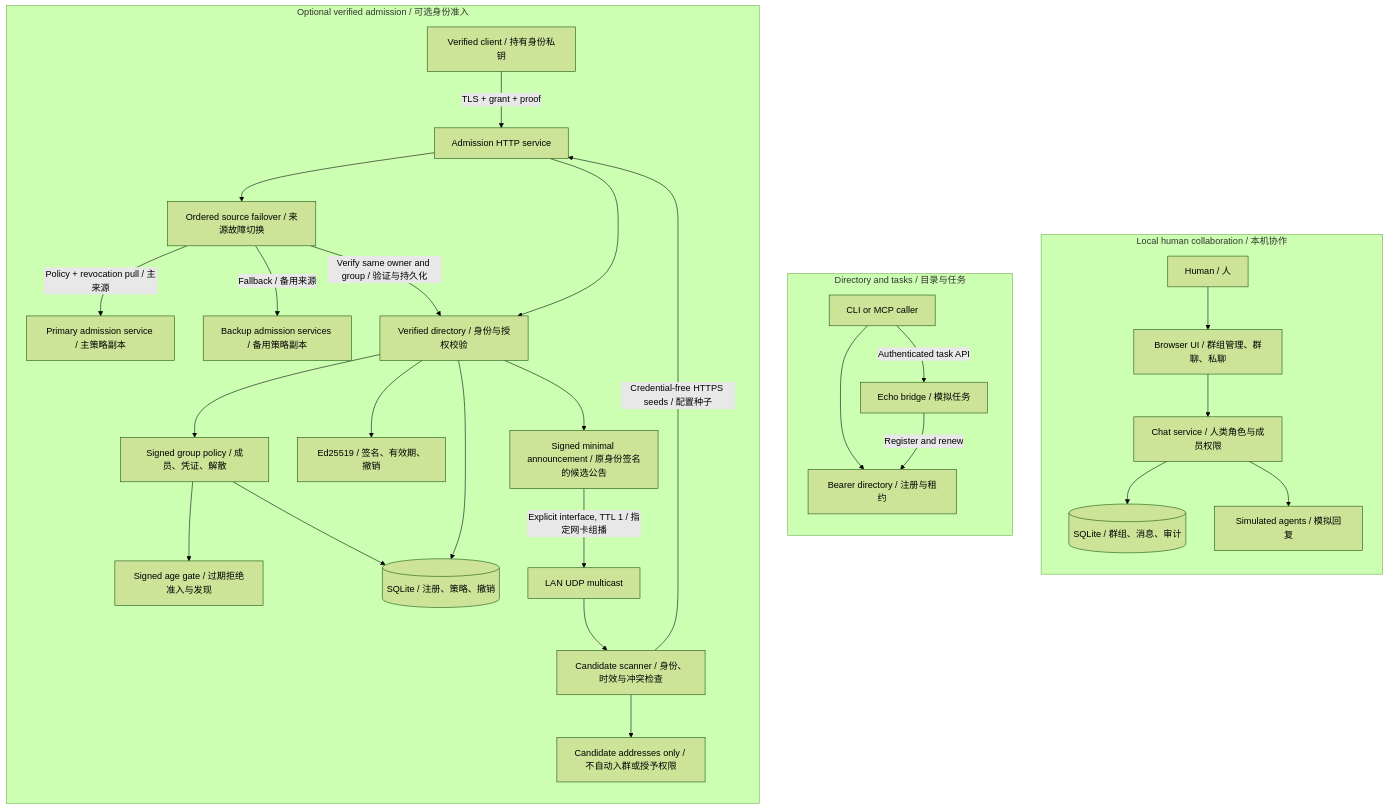
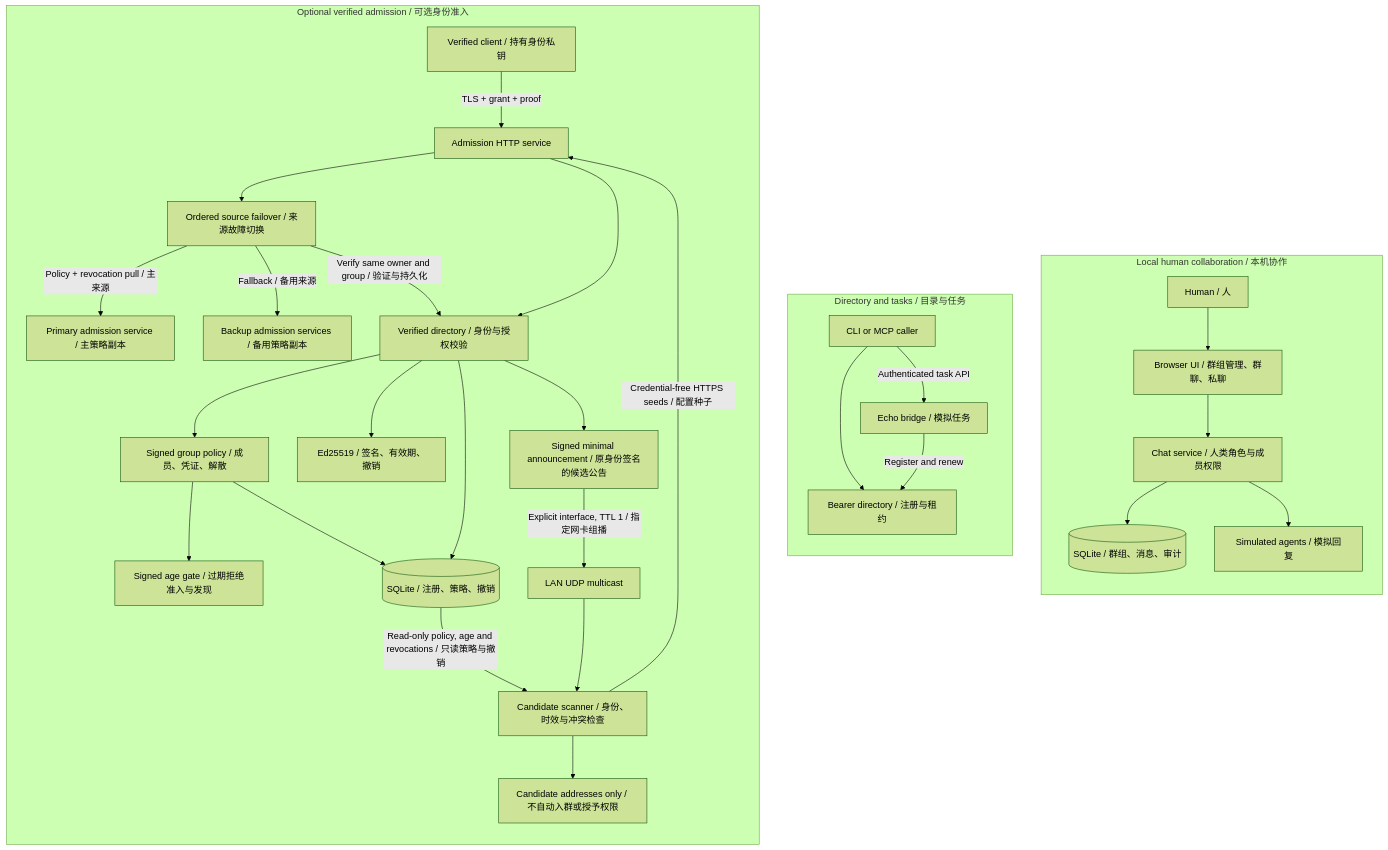
One commit to lgdu/tailnet-agents changed the first of 2 diagrams in README.md. Above: the diagram before and after it, drawn with Mermaid (forest theme). The commit also changed other lines of this file and 10 other files, not shown here.

````diff
--- a/README.md
+++ b/README.md
@@ -37,35 +37,36 @@
 ```mermaid
 flowchart TB
   subgraph CHAT["Local human collaboration / 本机协作"]
     direction TB
     H["Human / 人"] --> UI["Browser UI / 群组管理、群聊、私聊"]
     UI --> CS["Chat service / 人类角色与成员权限"]
     CS --> DB[("SQLite / 群组、消息、审计")]
     CS --> SIM["Simulated agents / 模拟回复"]
   end
   subgraph TASK["Directory and tasks / 目录与任务"]
     direction TB
     CALL["CLI or MCP caller"] --> REG["Bearer directory / 注册与租约"]
     CALL -->|"Authenticated task API"| ECHO["Echo bridge / 模拟任务"]
     ECHO -->|"Register and renew"| REG
   end
   subgraph VERIFY["Optional verified admission / 可选身份准入"]
     direction TB
     VC["Verified client / 持有身份私钥"] -->|"TLS + grant + proof"| API["Admission HTTP service"]
     API --> SYNC["Ordered source failover / 来源故障切换"]
     SYNC -->|"Policy + revocation pull / 主来源"| PEER["Primary admission service / 主策略副本"]
     SYNC -->|"Fallback / 备用来源"| BACKUP["Backup admission services / 备用策略副本"]
     SYNC -->|"Verify same owner and group / 验证与持久化"| VD
     API --> VD["Verified directory / 身份与授权校验"]
     VD --> GP["Signed group policy / 成员、凭证、解散"]
     GP --> AGE["Signed age gate / 过期拒绝准入与发现"]
     VD --> ID["Ed25519 / 签名、有效期、撤销"]
     VD --> VDB[("SQLite / 注册、策略、撤销")]
     GP --> VDB
     VD --> ANN["Signed minimal announcement / 原身份签名的候选公告"]
     ANN -->|"Explicit interface, TTL 1 / 指定网卡组播"| LAN["LAN UDP multicast"]
     LAN --> FIND["Candidate scanner / 身份、时效与冲突检查"]
+    VDB -->|"Read-only policy, age and revocations / 只读策略与撤销"| FIND
     FIND -->|"Credential-free HTTPS seeds / 配置种子"| API
     FIND --> CAND["Candidate addresses only / 不自动入群或授予权限"]
   end
 ```
````
